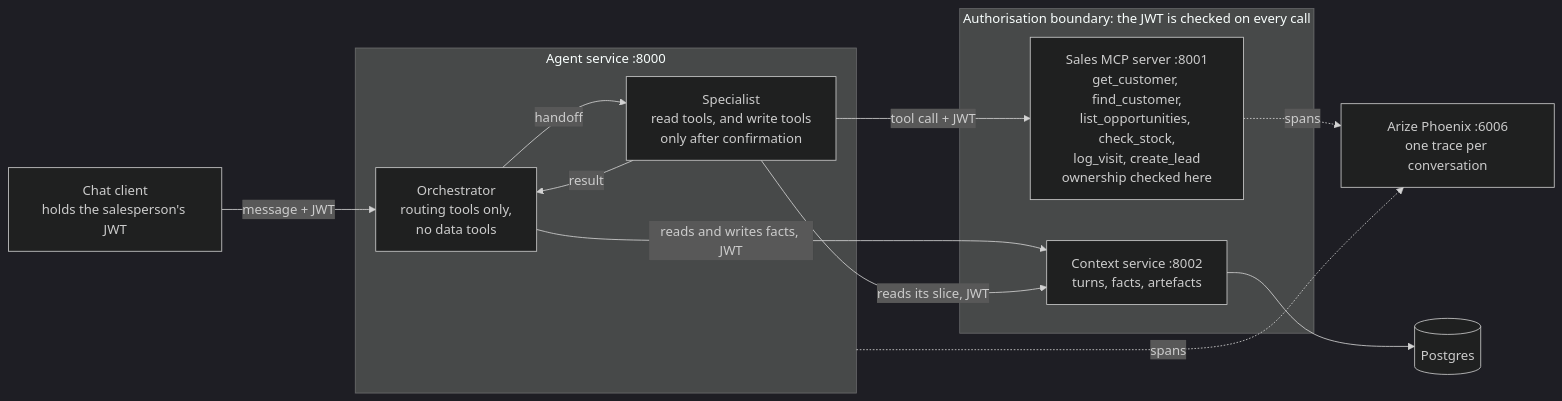
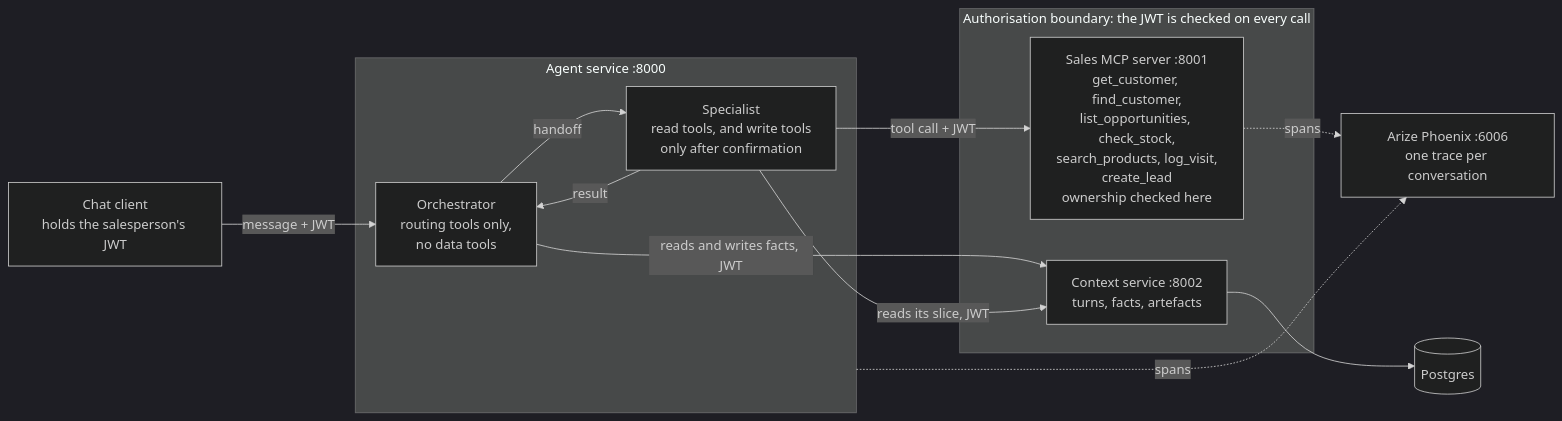
The diagram in README.md (atiliosud/field-sales-agent-reference), drawn with Mermaid (dark theme) before and after one commit. The commit also changed other lines of this file and 12 other files, not shown here.

First line of the commit message:
feat(mcp-sales): add search_products with prices per customer

````diff
--- a/README.md
+++ b/README.md
@@ -9,27 +9,27 @@
 ```mermaid
 flowchart LR
     chat["Chat client<br/>holds the salesperson's JWT"]
 
     subgraph agent["Agent service :8000"]
         orch["Orchestrator<br/>routing tools only,<br/>no data tools"]
         spec["Specialist<br/>read tools, and write tools<br/>only after confirmation"]
         orch -->|handoff| spec
         spec -->|result| orch
     end
 
     subgraph auth["Authorisation boundary: the JWT is checked on every call"]
-        mcp["Sales MCP server :8001<br/>get_customer, find_customer,<br/>list_opportunities, check_stock,<br/>log_visit, create_lead<br/>ownership checked here"]
+        mcp["Sales MCP server :8001<br/>get_customer, find_customer,<br/>list_opportunities, check_stock,<br/>search_products, log_visit,<br/>create_lead<br/>ownership checked here"]
         ctx["Context service :8002<br/>turns, facts, artefacts"]
     end
 
     pg[("Postgres")]
     phoenix["Arize Phoenix :6006<br/>one trace per conversation"]
 
     chat -->|"message + JWT"| orch
     spec -->|"tool call + JWT"| mcp
     orch -->|"reads and writes facts, JWT"| ctx
     spec -->|"reads its slice, JWT"| ctx
     ctx --> pg
     agent -.->|spans| phoenix
     mcp -.->|spans| phoenix
 ```
````
